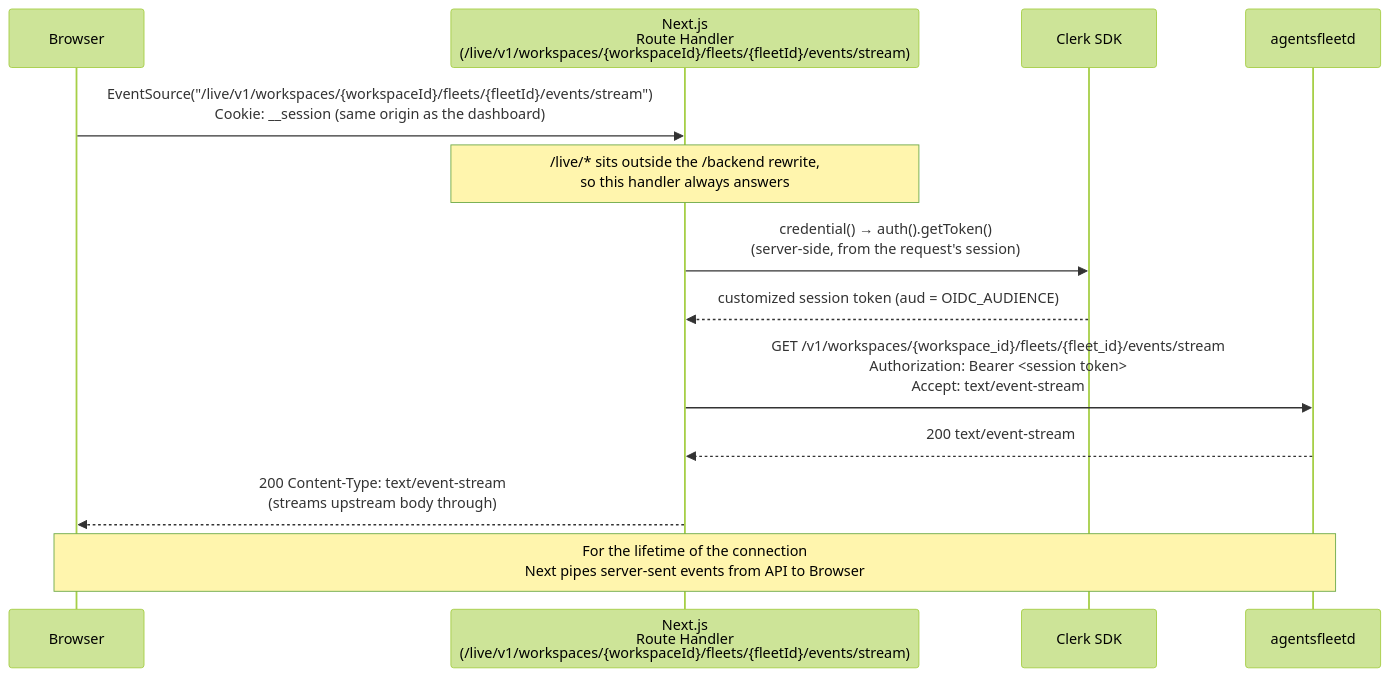
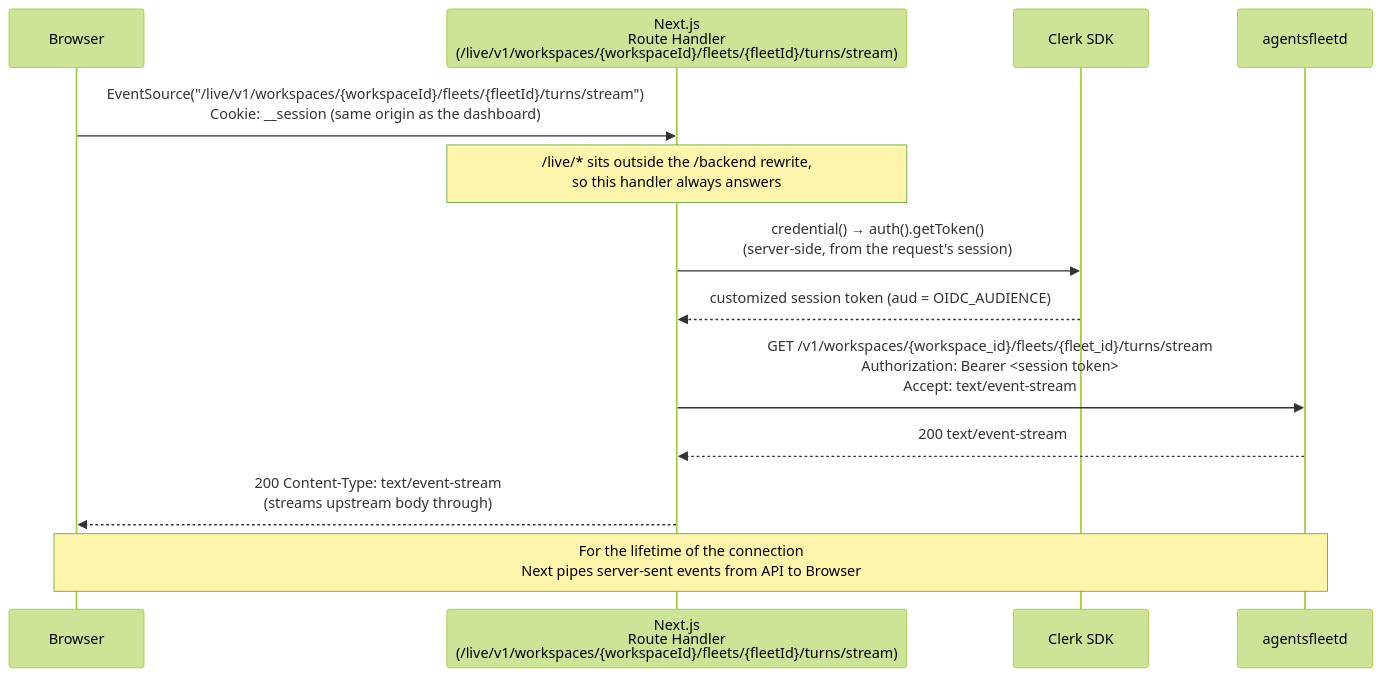
The third of 6 diagrams in docs/AUTH.md (agentsfleet/agentsfleet), drawn with Mermaid (forest theme) before and after one commit. The commit also changed other lines of this file and 864 other files, not shown here.

````diff
--- a/docs/AUTH.md
+++ b/docs/AUTH.md
@@ -704,19 +704,19 @@
 ```mermaid
 sequenceDiagram
     participant Browser
-    participant Next as Next.js<br/>Route Handler<br/>(/live/v1/workspaces/{workspaceId}/fleets/{fleetId}/events/stream)
+    participant Next as Next.js<br/>Route Handler<br/>(/live/v1/workspaces/{workspaceId}/fleets/{fleetId}/turns/stream)
     participant Clerk as Clerk SDK
     participant API as agentsfleetd
 
-    Browser->>Next: EventSource("/live/v1/workspaces/{workspaceId}/fleets/{fleetId}/events/stream")<br/>Cookie: __session (same origin as the dashboard)
+    Browser->>Next: EventSource("/live/v1/workspaces/{workspaceId}/fleets/{fleetId}/turns/stream")<br/>Cookie: __session (same origin as the dashboard)
     Note over Next: /live/* sits outside the /backend rewrite,<br/>so this handler always answers
 
     Next->>Clerk: credential() → auth().getToken()<br/>(server-side, from the request's session)
     Clerk-->>Next: customized session token (aud = OIDC_AUDIENCE)
 
-    Next->>API: GET /v1/workspaces/{workspace_id}/fleets/{fleet_id}/events/stream<br/>Authorization: Bearer <session token><br/>Accept: text/event-stream
+    Next->>API: GET /v1/workspaces/{workspace_id}/fleets/{fleet_id}/turns/stream<br/>Authorization: Bearer <session token><br/>Accept: text/event-stream
     API-->>Next: 200 text/event-stream
 
     Next-->>Browser: 200 Content-Type: text/event-stream<br/>(streams upstream body through)
     Note over Browser,API: For the lifetime of the connection<br/>Next pipes server-sent events from API to Browser
 ```
````
